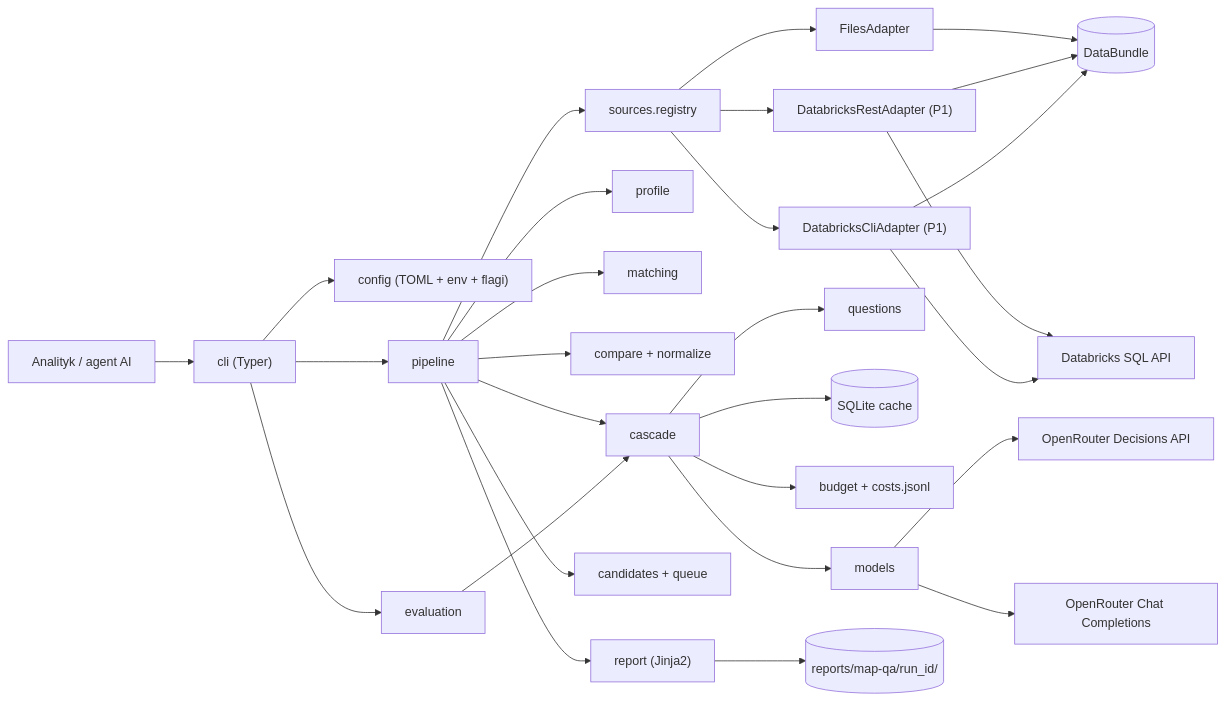
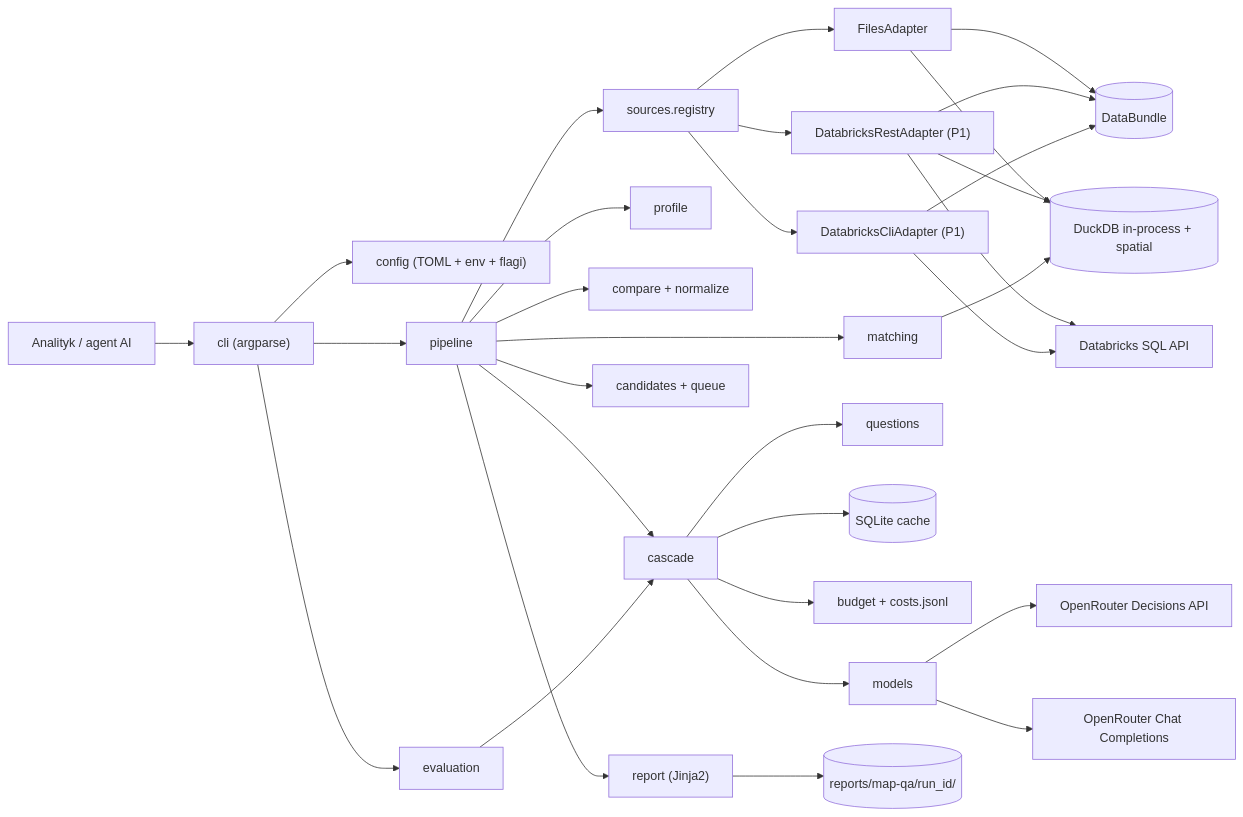
Before and after one commit to kamil02112026/jsystems-claude-codex-gis-2026-11_KL: the first of 5 diagrams in docs/ADR/000-main-architecture.md, drawn with Mermaid. The commit also changed other lines of this file and 3 other files, not shown here.

First line of the commit message:
Docs: switch to DuckDB spatial engine and argparse CLI

````diff
--- a/docs/ADR/000-main-architecture.md
+++ b/docs/ADR/000-main-architecture.md
@@ -387,30 +403,33 @@
 ```mermaid
 flowchart LR
-  user["Analityk / agent AI"] --> cli["cli (Typer)"]
+  user["Analityk / agent AI"] --> cli["cli (argparse)"]
   cli --> config["config (TOML + env + flagi)"]
   cli --> pipeline["pipeline"]
   cli --> evalcmd["evaluation"]
   pipeline --> registry["sources.registry"]
   registry --> files["FilesAdapter"]
   registry --> dbrest["DatabricksRestAdapter (P1)"]
   registry --> dbcli["DatabricksCliAdapter (P1)"]
   files --> bundle[("DataBundle")]
   dbrest --> bundle
   dbcli --> bundle
   pipeline --> profile["profile"]
   pipeline --> matching["matching"]
+  files --> duck[("DuckDB in-process + spatial")]
+  dbrest --> duck
+  matching --> duck
   pipeline --> compare["compare + normalize"]
   pipeline --> cascade["cascade"]
   cascade --> questions["questions"]
   cascade --> cache[("SQLite cache")]
   cascade --> budget["budget + costs.jsonl"]
   cascade --> models["models"]
   models --> decisions["OpenRouter Decisions API"]
   models --> chat["OpenRouter Chat Completions"]
   pipeline --> candidates["candidates + queue"]
   pipeline --> report["report (Jinja2)"]
   evalcmd --> cascade
   report --> out[("reports/map-qa/run_id/")]
   dbrest --> dbx["Databricks SQL API"]
   dbcli --> dbx
 ```
````
